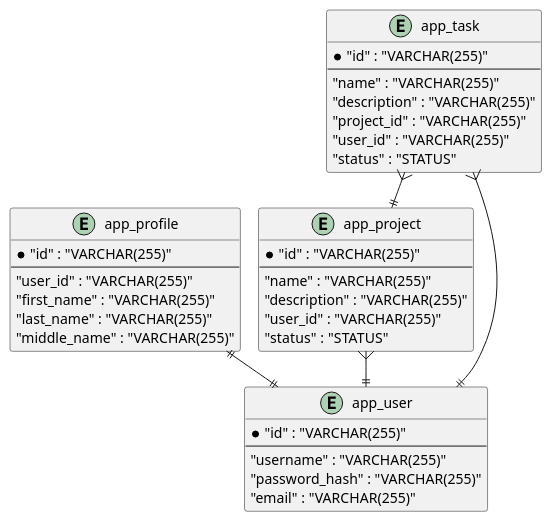
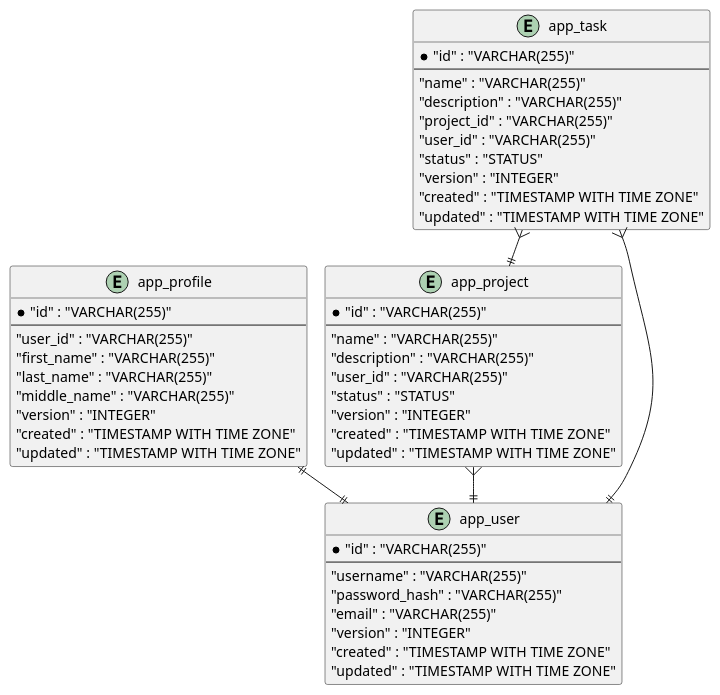
The diagram in example/tm-sql-to-asciidoc/src/main/asciidoc/erd_physic.puml (denis-volnenko/liquibase-asciidoc-maven-plugin), drawn with PlantUML before and after one commit. The commit also changed 11 other files, not shown here.

```diff
--- a/example/tm-sql-to-asciidoc/src/main/asciidoc/erd_physic.puml
+++ b/example/tm-sql-to-asciidoc/src/main/asciidoc/erd_physic.puml
@@ -1,45 +1,57 @@
 @startuml 
 '!pragma graphviz_dot jdot 
 !pragma layout smetana 
 entity "app_profile" {
     *"id" : "VARCHAR(255)"
 ---
     "user_id" : "VARCHAR(255)"
     "first_name" : "VARCHAR(255)"
     "last_name" : "VARCHAR(255)"
     "middle_name" : "VARCHAR(255)"
+    "version" : "INTEGER"
+    "created" : "TIMESTAMP WITH TIME ZONE"
+    "updated" : "TIMESTAMP WITH TIME ZONE"
 }
 
 entity "app_project" {
     *"id" : "VARCHAR(255)"
 ---
     "name" : "VARCHAR(255)"
     "description" : "VARCHAR(255)"
     "user_id" : "VARCHAR(255)"
     "status" : "STATUS"
+    "version" : "INTEGER"
+    "created" : "TIMESTAMP WITH TIME ZONE"
+    "updated" : "TIMESTAMP WITH TIME ZONE"
 }
 
 entity "app_task" {
     *"id" : "VARCHAR(255)"
 ---
     "name" : "VARCHAR(255)"
     "description" : "VARCHAR(255)"
     "project_id" : "VARCHAR(255)"
     "user_id" : "VARCHAR(255)"
     "status" : "STATUS"
+    "version" : "INTEGER"
+    "created" : "TIMESTAMP WITH TIME ZONE"
+    "updated" : "TIMESTAMP WITH TIME ZONE"
 }
 
 entity "app_user" {
     *"id" : "VARCHAR(255)"
 ---
     "username" : "VARCHAR(255)"
     "password_hash" : "VARCHAR(255)"
     "email" : "VARCHAR(255)"
+    "version" : "INTEGER"
+    "created" : "TIMESTAMP WITH TIME ZONE"
+    "updated" : "TIMESTAMP WITH TIME ZONE"
 }
 
 "app_profile" ||--|| "app_user"
 "app_project" }--|| "app_user"
 "app_task" }--|| "app_project"
 "app_task" }--|| "app_user"
 
 @enduml
```
